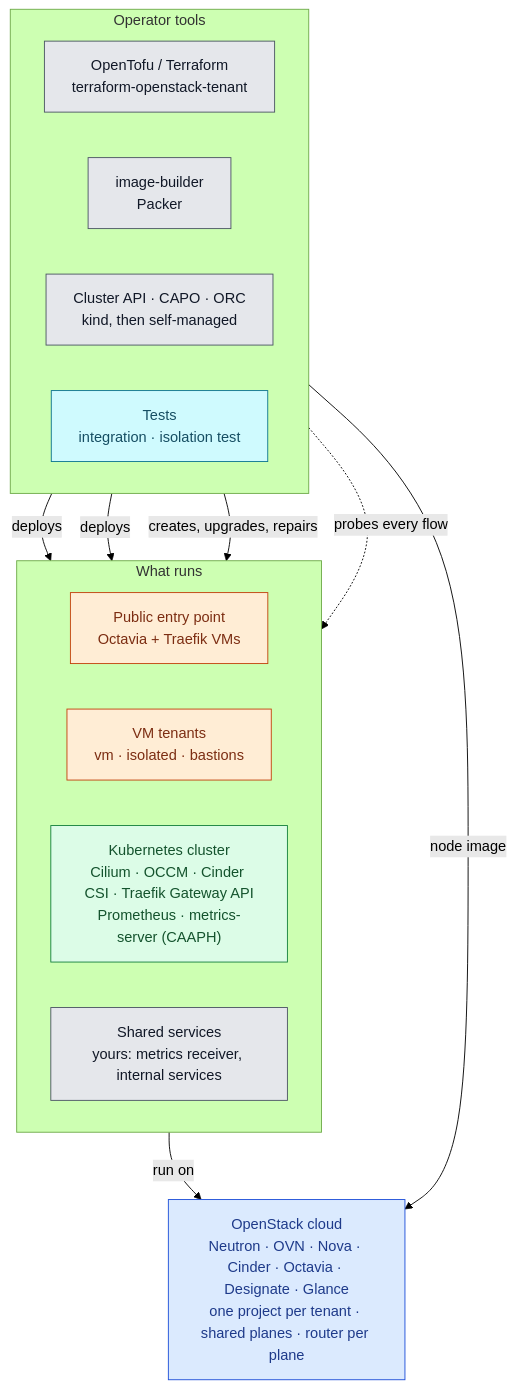
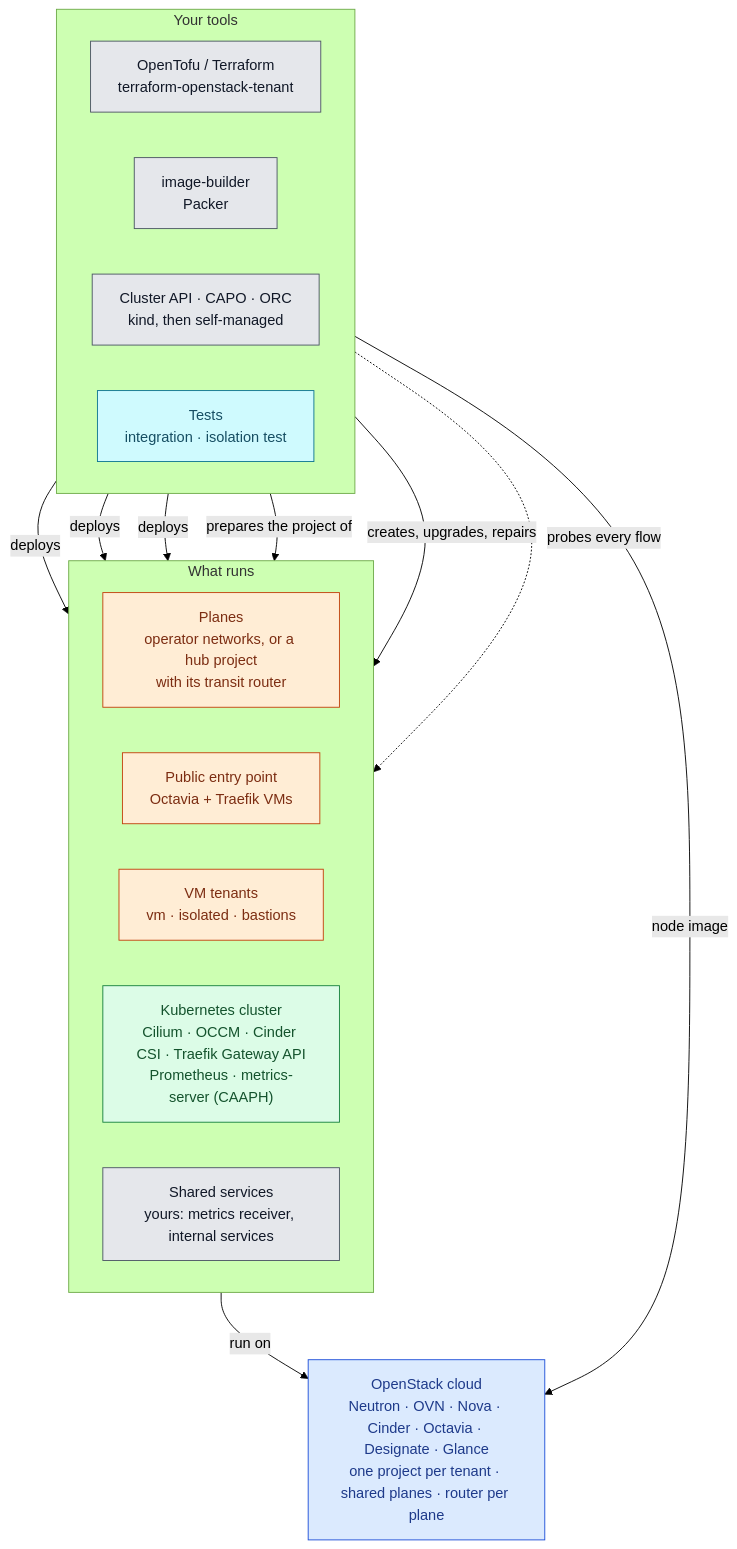
The diagram in docs/concepts/landscape.md (CyprisTech/openstack-multitenant-reference), drawn with Mermaid (forest theme) before and after one commit. The commit also changed other lines of this file and 45 other files, not shown here.

````diff
--- a/docs/concepts/landscape.md
+++ b/docs/concepts/landscape.md
@@ -3,36 +3,38 @@
 ```mermaid
 flowchart TB
-    subgraph TOOLS["Operator tools"]
+    subgraph TOOLS["Your tools"]
         direction LR
         TF["OpenTofu / Terraform<br/>terraform-openstack-tenant"]
         IB["image-builder<br/>Packer"]
         CAPI["Cluster API · CAPO · ORC<br/>kind, then self-managed"]
         TEST["Tests<br/>integration · isolation test"]
     end
     subgraph RUN["What runs"]
         direction LR
+        PL["Planes<br/>operator networks, or a hub project<br/>with its transit router"]
         EDGE["Public entry point<br/>Octavia + Traefik VMs"]
         VMT["VM tenants<br/>vm · isolated · bastions"]
         K8S["Kubernetes cluster<br/>Cilium · OCCM · Cinder CSI · Traefik Gateway API<br/>Prometheus · metrics-server (CAAPH)"]
         SHS["Shared services<br/>yours: metrics receiver, internal services"]
     end
     CLOUD["OpenStack cloud<br/>Neutron · OVN · Nova · Cinder · Octavia · Designate · Glance<br/>one project per tenant · shared planes · router per plane"]
 
-    TF -->|"deploys"| EDGE & VMT
+    TF -->|"deploys"| PL & EDGE & VMT
+    TF -->|"prepares the project of"| K8S
     CAPI -->|"creates, upgrades, repairs"| K8S
     TEST -.->|"probes every flow"| RUN
     IB -->|"node image"| CLOUD
     RUN -->|"run on"| CLOUD
 
     classDef tool fill:#e5e7eb,stroke:#4b5563,color:#111827
     classDef infra fill:#dbeafe,stroke:#1d4ed8,color:#1e3a8a
     classDef vm fill:#ffedd5,stroke:#c2410c,color:#7c2d12
     classDef k8s fill:#dcfce7,stroke:#15803d,color:#14532d
     classDef test fill:#cffafe,stroke:#0e7490,color:#164e63
     class TF,IB,CAPI tool
     class CLOUD infra
-    class EDGE,VMT vm
+    class PL,EDGE,VMT vm
     class SHS tool
     class K8S k8s
     class TEST test
 ```
````
